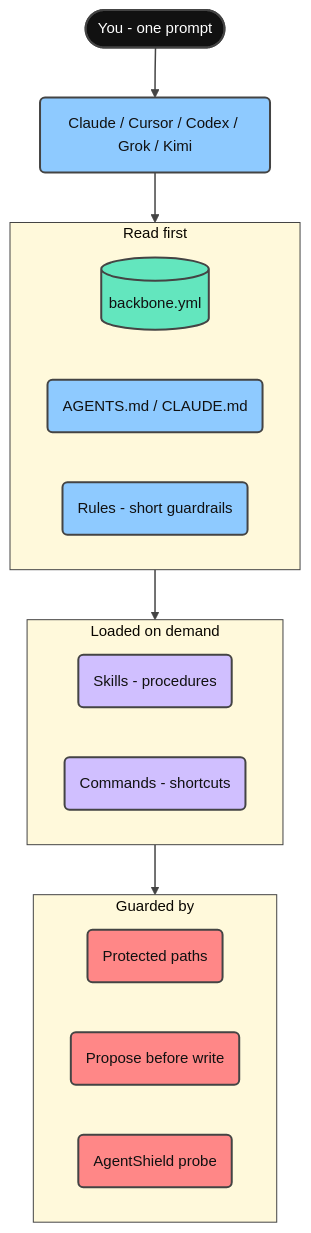
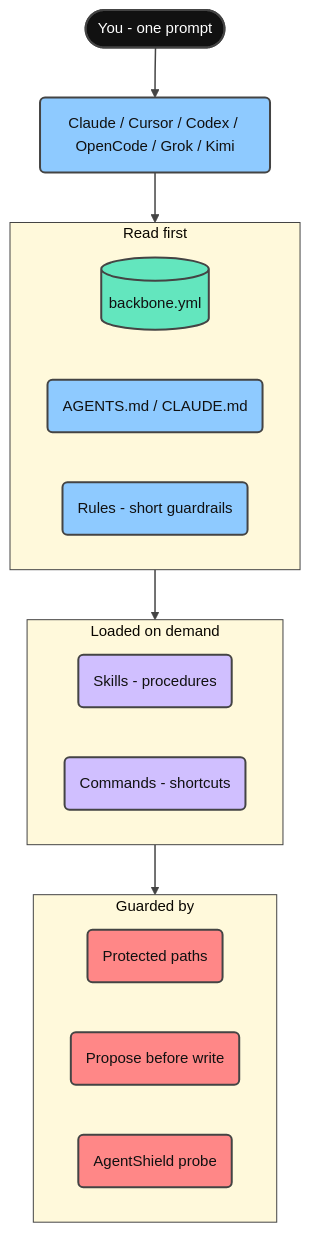
The second of 10 diagrams in README.md (giang6283623/minimal-vibe-coding-kit), drawn with Mermaid before and after one commit. The commit also changed other lines of this file and 68 other files, not shown here.

Commit message:
fix: harden auto mode orchestration and support open code for v0.5.9

````diff
--- a/README.md
+++ b/README.md
@@ -161,51 +164,51 @@
 ```mermaid
 ---
 config:
   theme: base
   themeVariables:
     fontFamily: cascadia mono, consolas, noto sans mono, menlo, monospace
     fontSize: 15px
     lineColor: "#444444"
     textColor: "#111111"
     edgeLabelBackground: "#FFFFFF"
     clusterBkg: "#FFF9DB"
     clusterBorder: "#444444"
 ---
 flowchart TD
-    You([You - one prompt]) --> Agent("Claude / Cursor / Codex / Grok / Kimi")
+    You([You - one prompt]) --> Agent("Claude / Cursor / Codex / OpenCode / Grok / Kimi")
 
     subgraph First["Read first"]
         Backbone[("backbone.yml")]
         Docs("AGENTS.md / CLAUDE.md")
         Rules("Rules - short guardrails")
     end
 
     subgraph Demand["Loaded on demand"]
         Skills("Skills - procedures")
         Commands("Commands - shortcuts")
     end
 
     subgraph Guard["Guarded by"]
         Protected("Protected paths")
         Propose("Propose before write")
         Shield("AgentShield probe")
     end
 
     Agent --> First
     First --> Demand
     Demand --> Guard
 
     classDef terminal fill:#111111,stroke:#444444,stroke-width:2px,color:#FFFFFF
     classDef step fill:#8ECAFF,stroke:#444444,stroke-width:2px,color:#111111
     classDef data fill:#63E6BE,stroke:#444444,stroke-width:2px,color:#111111
     classDef accent fill:#D0BFFF,stroke:#444444,stroke-width:2px,color:#111111
     classDef danger fill:#FF8787,stroke:#444444,stroke-width:2px,color:#111111
     linkStyle default stroke:#444444,stroke-width:1.5px
 
     class You terminal
     class Agent step
     class Backbone data
     class Docs,Rules step
     class Skills,Commands accent
     class Protected,Propose,Shield danger
 ```
````
